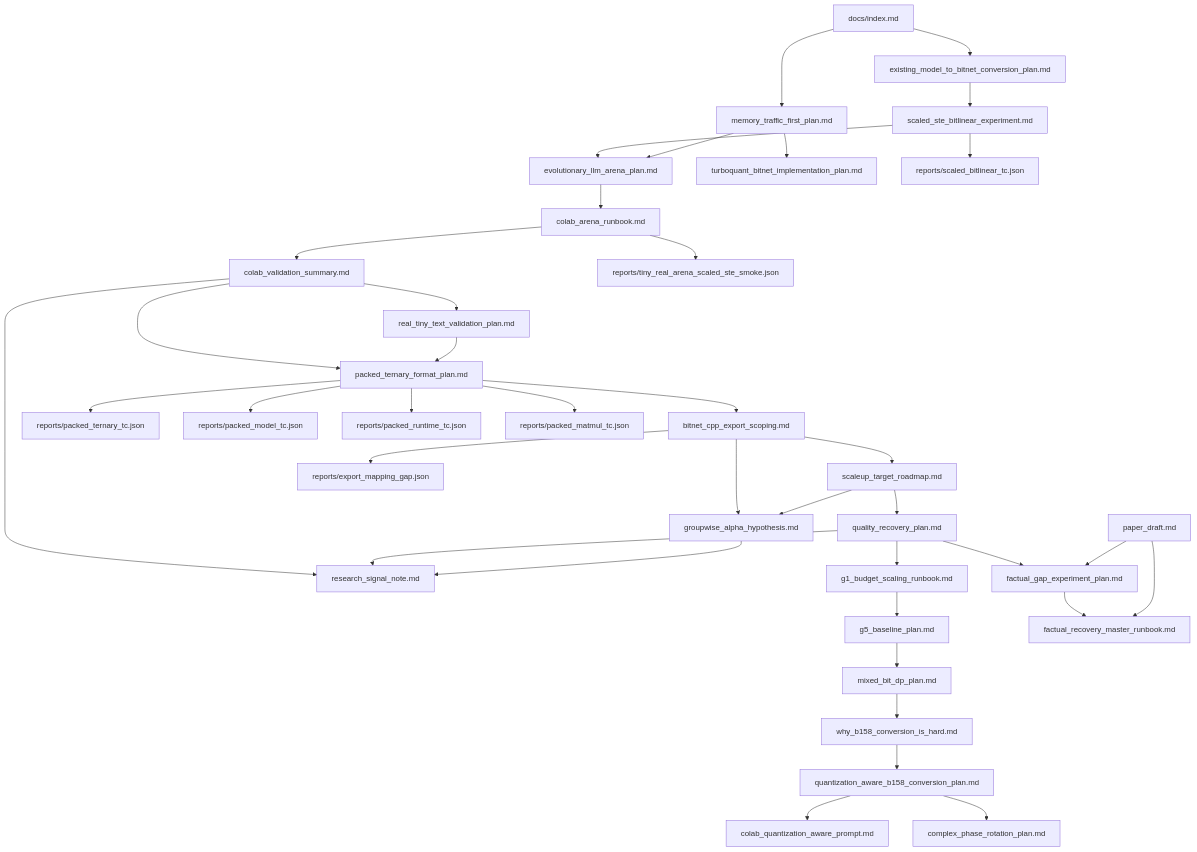
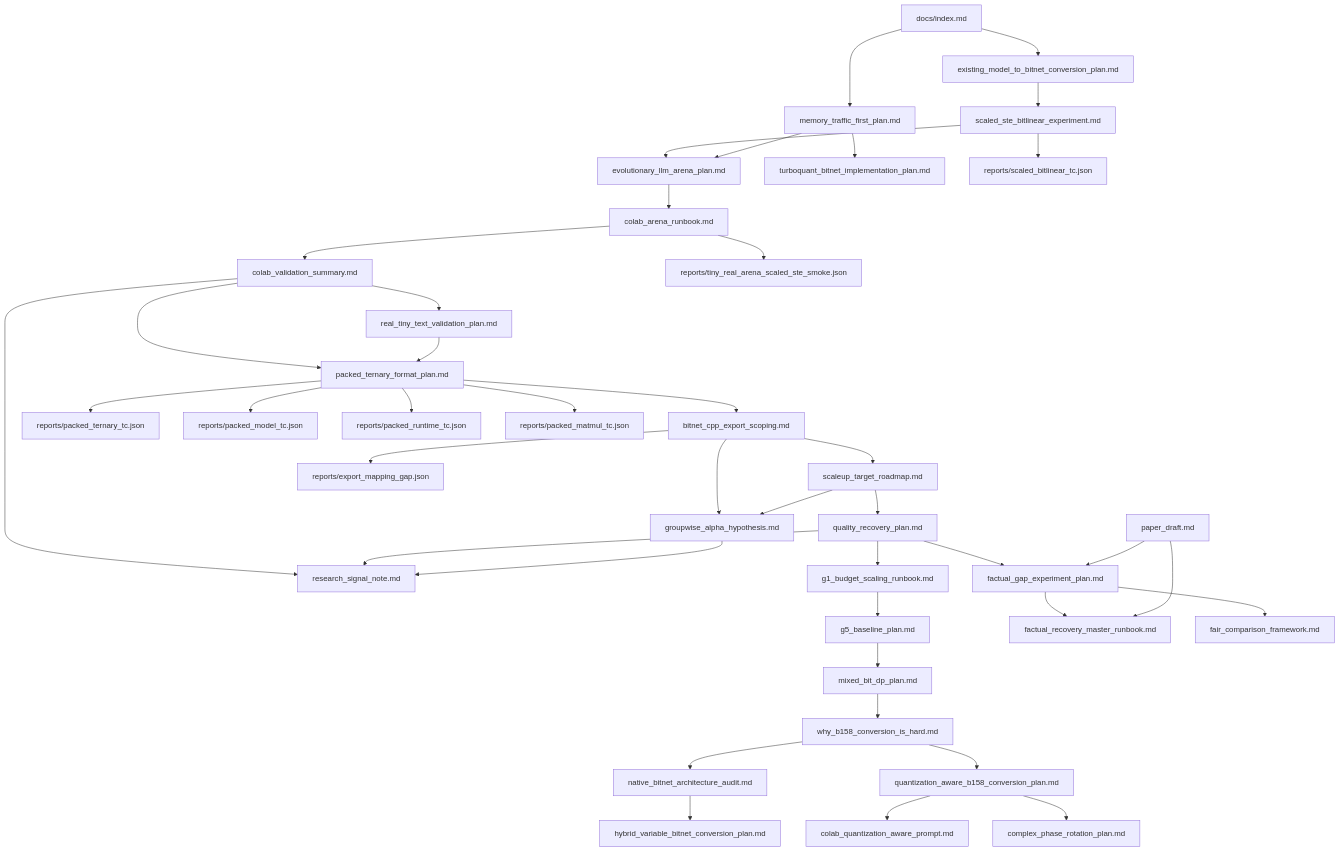
The diagram in docs/index.md (gtpk/BitNet-Transformers), drawn with Mermaid before and after one commit. The commit also changed other lines of this file and 12 other files, not shown here.

Commit message:
Update docs for content-KL and hybrid roadmap

````diff
--- a/docs/index.md
+++ b/docs/index.md
@@ -237,40 +243,43 @@
 ```mermaid
 flowchart TD
   A["docs/index.md"] --> B["memory_traffic_first_plan.md"]
   A --> C["existing_model_to_bitnet_conversion_plan.md"]
   C --> D["scaled_ste_bitlinear_experiment.md"]
   D --> E["evolutionary_llm_arena_plan.md"]
   E --> F["colab_arena_runbook.md"]
   F --> J["colab_validation_summary.md"]
   J --> K["real_tiny_text_validation_plan.md"]
   J --> L["research_signal_note.md"]
   J --> M["packed_ternary_format_plan.md"]
   K --> M["packed_ternary_format_plan.md"]
   M --> R["bitnet_cpp_export_scoping.md"]
   R --> U["scaleup_target_roadmap.md"]
   U --> V["quality_recovery_plan.md"]
   V --> W["g1_budget_scaling_runbook.md"]
   W --> X["g5_baseline_plan.md"]
   X --> Y["mixed_bit_dp_plan.md"]
   Y --> Z["why_b158_conversion_is_hard.md"]
+  Z --> NA["native_bitnet_architecture_audit.md"]
+  NA --> HV["hybrid_variable_bitnet_conversion_plan.md"]
   Z --> QA["quantization_aware_b158_conversion_plan.md"]
   QA --> QP["colab_quantization_aware_prompt.md"]
   QA --> PR["complex_phase_rotation_plan.md"]
   V --> FG["factual_gap_experiment_plan.md"]
   FG --> FR["factual_recovery_master_runbook.md"]
+  FG --> FC["fair_comparison_framework.md"]
   PD["paper_draft.md"] --> FG
   PD --> FR
   R --> T["groupwise_alpha_hypothesis.md"]
   U --> T
   V --> L
   T --> L
   B --> E
   B --> G["turboquant_bitnet_implementation_plan.md"]
   F --> H["reports/tiny_real_arena_scaled_ste_smoke.json"]
   D --> I["reports/scaled_bitlinear_tc.json"]
   M --> N["reports/packed_ternary_tc.json"]
   M --> O["reports/packed_model_tc.json"]
   M --> P["reports/packed_runtime_tc.json"]
   M --> Q["reports/packed_matmul_tc.json"]
   R --> S["reports/export_mapping_gap.json"]
 ```
````
